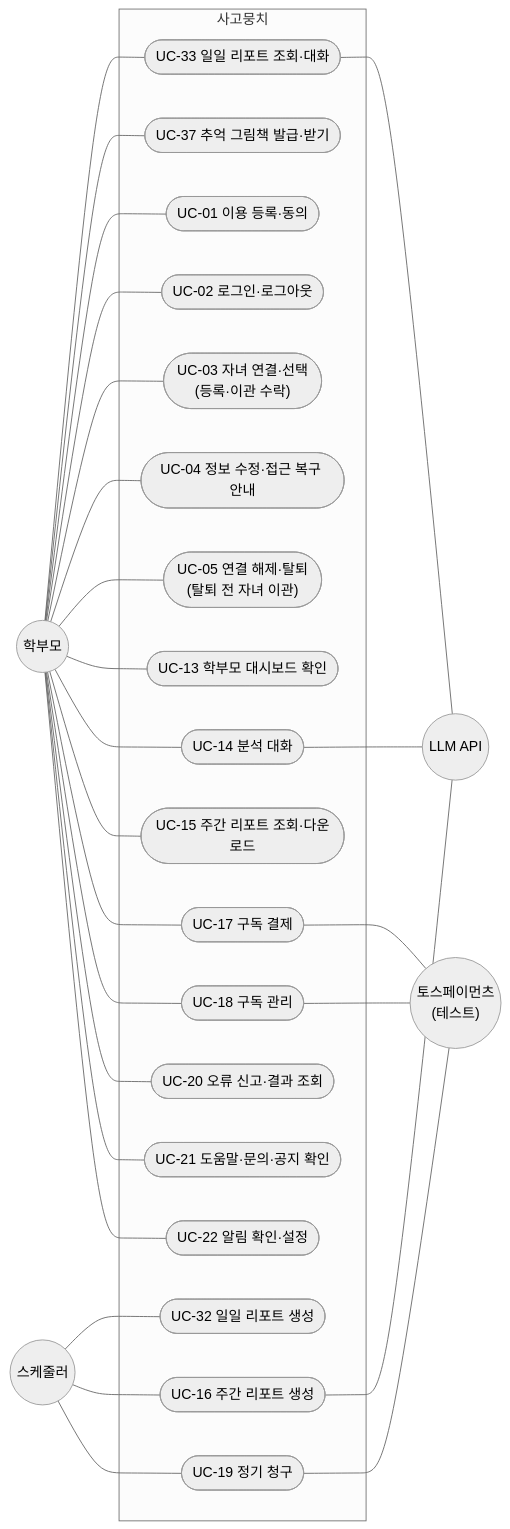
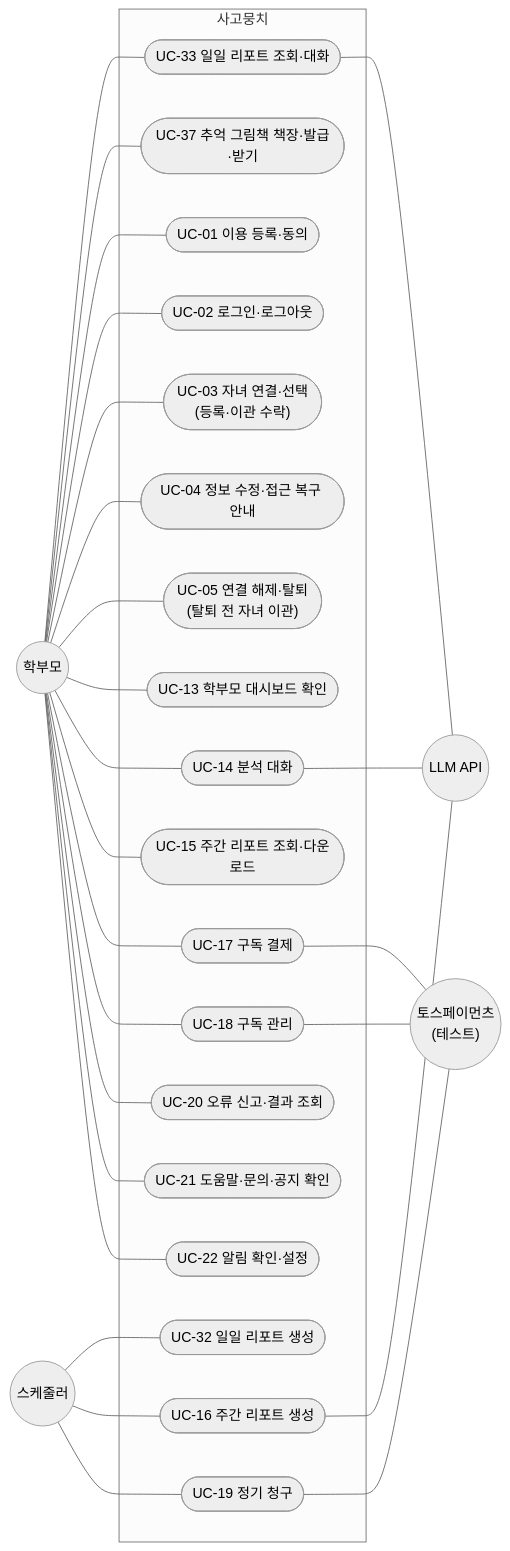
Before and after one commit to SKNETWORKS-FAMILY-AICAMP/SKN34-FINAL-3TEAM: the third of 5 diagrams in docs/design/usecase.md, drawn with Mermaid (neutral theme). The commit also changed other lines of this file and 4 other files, not shown here.

````diff
--- a/docs/design/usecase.md
+++ b/docs/design/usecase.md
@@ -118,54 +118,54 @@
 ```mermaid
 flowchart LR
   PAR(("학부모"))
   SCH(("스케줄러"))
   LLM(("LLM API"))
   PG(("토스페이먼츠<br/>(테스트)"))
 
   subgraph SYS["사고뭉치"]
     UC01(["UC-01 이용 등록·동의"])
     UC02(["UC-02 로그인·로그아웃"])
     UC03(["UC-03 자녀 연결·선택<br/>(등록·이관 수락)"])
     UC04(["UC-04 정보 수정·접근 복구 안내"])
     UC05(["UC-05 연결 해제·탈퇴<br/>(탈퇴 전 자녀 이관)"])
     UC13(["UC-13 학부모 대시보드 확인"])
     UC14(["UC-14 분석 대화"])
     UC15(["UC-15 주간 리포트 조회·다운로드"])
     UC16(["UC-16 주간 리포트 생성"])
     UC17(["UC-17 구독 결제"])
     UC18(["UC-18 구독 관리"])
     UC19(["UC-19 정기 청구"])
     UC20(["UC-20 오류 신고·결과 조회"])
     UC21(["UC-21 도움말·문의·공지 확인"])
     UC22(["UC-22 알림 확인·설정"])
     UC32(["UC-32 일일 리포트 생성"])
     UC33(["UC-33 일일 리포트 조회·대화"])
-    UC37(["UC-37 추억 그림책 발급·받기"])
+    UC37(["UC-37 추억 그림책 책장·발급·받기"])
   end
 
   PAR --- UC33
   PAR --- UC37
   SCH --- UC32
   UC33 --- LLM
 
   PAR --- UC01
   PAR --- UC02
   PAR --- UC03
   PAR --- UC04
   PAR --- UC05
   PAR --- UC13
   PAR --- UC14
   PAR --- UC15
   PAR --- UC17
   PAR --- UC18
   PAR --- UC20
   PAR --- UC21
   PAR --- UC22
   SCH --- UC16
   SCH --- UC19
   UC14 --- LLM
   UC16 --- LLM
   UC17 --- PG
   UC18 --- PG
   UC19 --- PG
 ```
````
